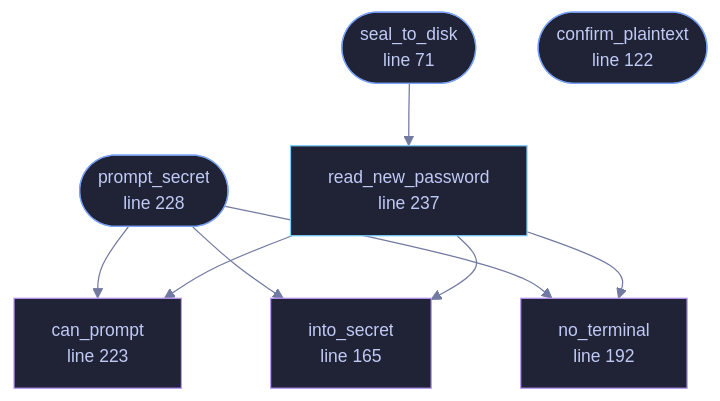
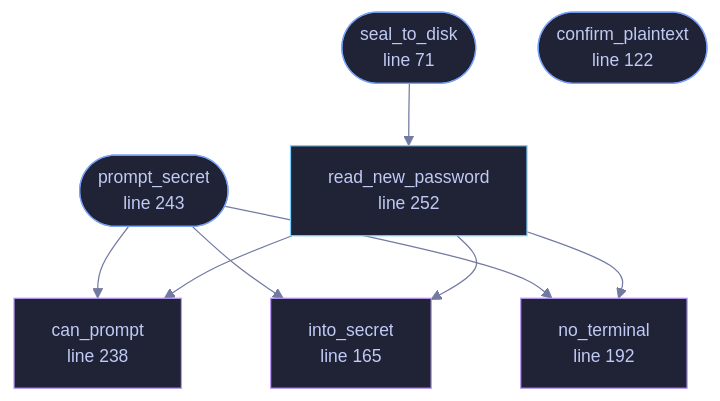
One commit to tilas01/veilvoice changed the diagram in wiki/File-veilvoice-cli-atrest.md. Above: the diagram before and after it, drawn with Mermaid. The commit also changed other lines of this file and 12 other files, not shown here.

````diff
--- a/wiki/File-veilvoice-cli-atrest.md
+++ b/wiki/File-veilvoice-cli-atrest.md
@@ -77,31 +77,31 @@
 ```mermaid
 %%{init: {"theme":"base","themeVariables":{"background":"#1a1b26","primaryColor":"#1f2335","primaryTextColor":"#c0caf5","primaryBorderColor":"#7aa2f7","secondaryColor":"#16161e","tertiaryColor":"#16161e","lineColor":"#737aa2","textColor":"#c0caf5","mainBkg":"#1f2335","nodeBorder":"#7aa2f7","clusterBkg":"#16161e","clusterBorder":"#2f3549","fontFamily":"ui-monospace, SFMono-Regular, Consolas, monospace","fontSize":"14px"}}}%%
 flowchart TD
     n_seal_to_disk(["seal_to_disk<br/>line 71"])
     n_confirm_plaintext(["confirm_plaintext<br/>line 122"])
     n_into_secret["into_secret<br/>line 165"]
     n_no_terminal["no_terminal<br/>line 192"]
-    n_can_prompt["can_prompt<br/>line 223"]
-    n_prompt_secret(["prompt_secret<br/>line 228"])
-    n_read_new_password["read_new_password<br/>line 237"]
+    n_can_prompt["can_prompt<br/>line 238"]
+    n_prompt_secret(["prompt_secret<br/>line 243"])
+    n_read_new_password["read_new_password<br/>line 252"]
     n_prompt_secret --> n_can_prompt
     n_prompt_secret --> n_into_secret
     n_prompt_secret --> n_no_terminal
     n_read_new_password --> n_can_prompt
     n_read_new_password --> n_into_secret
     n_read_new_password --> n_no_terminal
     n_seal_to_disk --> n_read_new_password
     click n_seal_to_disk href "https://github.com/tilas01/veilvoice/blob/main/crates/veilvoice-cli/src/atrest.rs#L71" "open the source"
     click n_confirm_plaintext href "https://github.com/tilas01/veilvoice/blob/main/crates/veilvoice-cli/src/atrest.rs#L122" "open the source"
     click n_into_secret href "https://github.com/tilas01/veilvoice/blob/main/crates/veilvoice-cli/src/atrest.rs#L165" "open the source"
     click n_no_terminal href "https://github.com/tilas01/veilvoice/blob/main/crates/veilvoice-cli/src/atrest.rs#L192" "open the source"
-    click n_can_prompt href "https://github.com/tilas01/veilvoice/blob/main/crates/veilvoice-cli/src/atrest.rs#L223" "open the source"
-    click n_prompt_secret href "https://github.com/tilas01/veilvoice/blob/main/crates/veilvoice-cli/src/atrest.rs#L228" "open the source"
-    click n_read_new_password href "https://github.com/tilas01/veilvoice/blob/main/crates/veilvoice-cli/src/atrest.rs#L237" "open the source"
+    click n_can_prompt href "https://github.com/tilas01/veilvoice/blob/main/crates/veilvoice-cli/src/atrest.rs#L238" "open the source"
+    click n_prompt_secret href "https://github.com/tilas01/veilvoice/blob/main/crates/veilvoice-cli/src/atrest.rs#L243" "open the source"
+    click n_read_new_password href "https://github.com/tilas01/veilvoice/blob/main/crates/veilvoice-cli/src/atrest.rs#L252" "open the source"
     classDef entry fill:#1f2335,stroke:#7aa2f7,color:#c0caf5
     class n_seal_to_disk,n_confirm_plaintext,n_prompt_secret entry
     classDef api fill:#1f2335,stroke:#7dcfff,color:#c0caf5
     class n_read_new_password api
     classDef helper fill:#1f2335,stroke:#bb9af7,color:#c0caf5
     class n_into_secret,n_no_terminal,n_can_prompt helper
 ```
````
